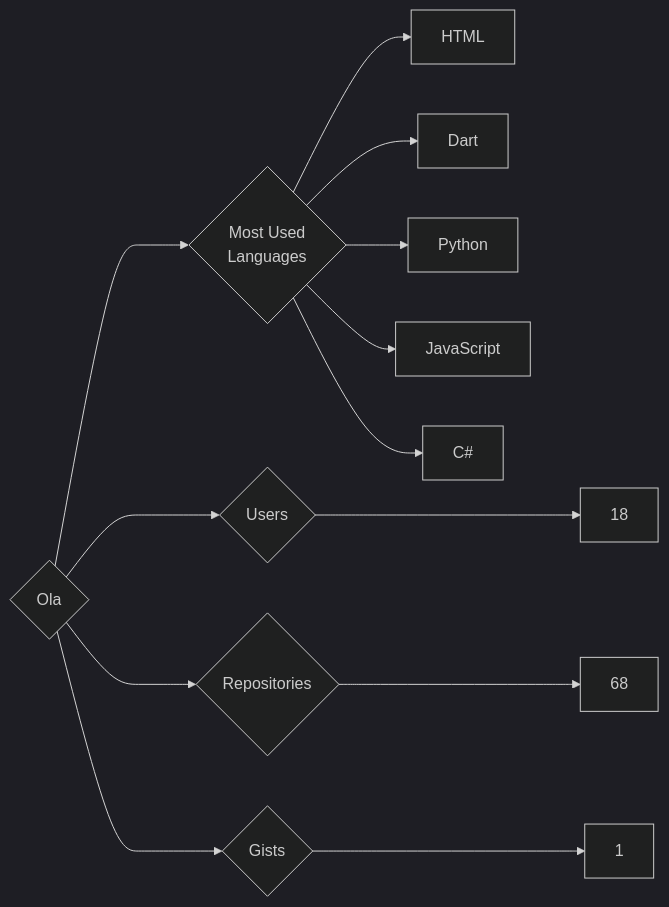
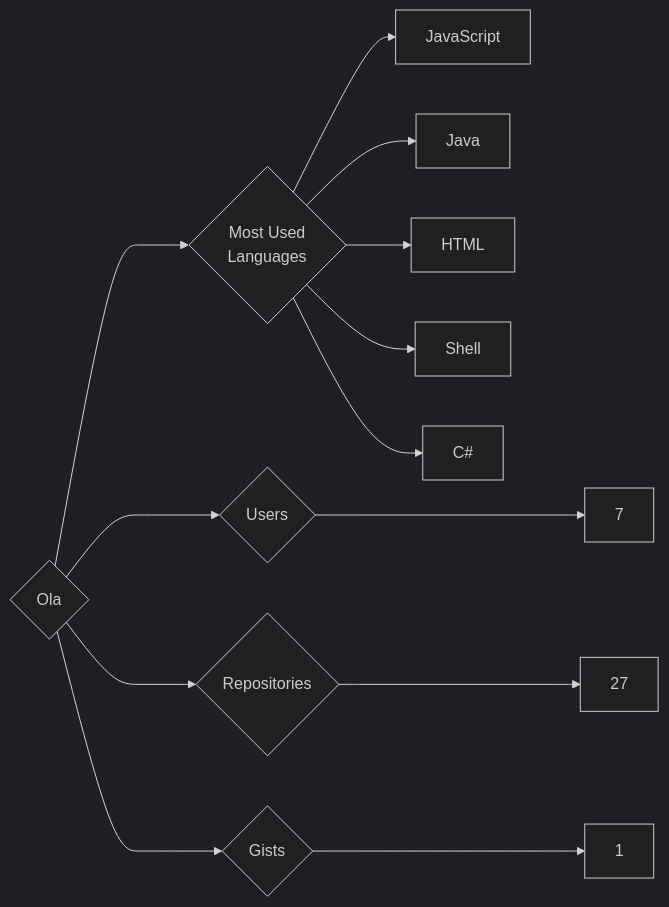
One commit to trickest/insiders changed the diagram in targets/Ola/README.md. Above: the diagram before and after it, drawn with Mermaid (dark theme). The commit also changed 948 other files, not shown here.

````diff
--- a/targets/Ola/README.md
+++ b/targets/Ola/README.md
@@ -3,13 +3,13 @@
 ```mermaid
 graph LR
 COMPANY_NAME{Ola}
-COMPANY_NAME ---> U{Users} ---> UN[18]
-COMPANY_NAME ---> R{Repositories} ---> RN[68]
+COMPANY_NAME ---> U{Users} ---> UN[7]
+COMPANY_NAME ---> R{Repositories} ---> RN[27]
 COMPANY_NAME ---> G{Gists} ---> GN[1]
 COMPANY_NAME ---> ML{Most Used<br>Languages}
+ML --> JavaScript[JavaScript]
+ML --> Java[Java]
 ML --> HTML[HTML]
-ML --> Dart[Dart]
-ML --> Python[Python]
-ML --> JavaScript[JavaScript]
+ML --> Shell[Shell]
 ML --> C#[C#]
 ```
````
